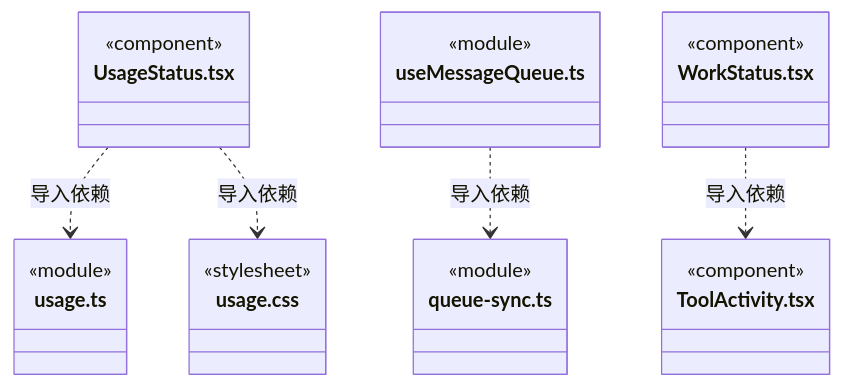
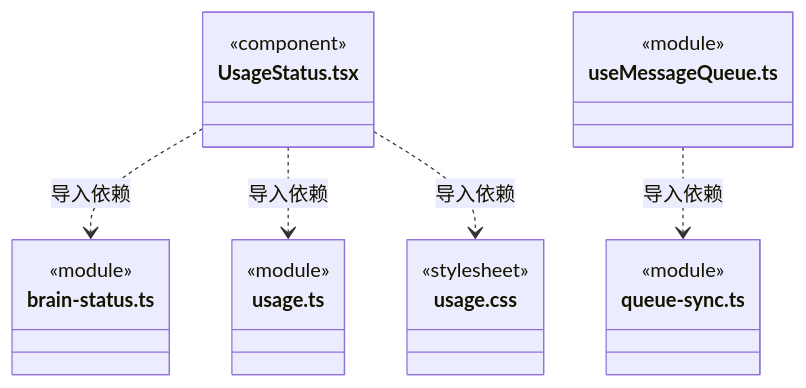
Diagram 36 of 38 in src/frontend/conversation/ARCHITECTURE.md (nan023062/cbim), drawn with Mermaid before and after one commit. The commit also changed other lines of this file and 65 other files, not shown here.

````diff
--- a/src/frontend/conversation/ARCHITECTURE.md
+++ b/src/frontend/conversation/ARCHITECTURE.md
@@ -521,28 +537,25 @@
 ```mermaid
 classDiagram
 class N_src_frontend_conversation_UsageStatus_tsx["UsageStatus.tsx"] {
   <<component>>
+}
+class N_src_frontend_conversation_brain_status_ts["brain-status.ts"] {
+  <<module>>
 }
 class N_src_frontend_conversation_usage_ts["usage.ts"] {
   <<module>>
 }
 class N_src_frontend_conversation_usage_css["usage.css"] {
   <<stylesheet>>
 }
 class N_src_frontend_conversation_useMessageQueue_ts["useMessageQueue.ts"] {
   <<module>>
 }
 class N_src_frontend_conversation_queue_sync_ts["queue-sync.ts"] {
   <<module>>
 }
-class N_src_frontend_conversation_WorkStatus_tsx["WorkStatus.tsx"] {
-  <<component>>
-}
-class N_src_frontend_conversation_ToolActivity_tsx["ToolActivity.tsx"] {
-  <<component>>
-}
+N_src_frontend_conversation_UsageStatus_tsx ..> N_src_frontend_conversation_brain_status_ts : 导入依赖
 N_src_frontend_conversation_UsageStatus_tsx ..> N_src_frontend_conversation_usage_ts : 导入依赖
 N_src_frontend_conversation_UsageStatus_tsx ..> N_src_frontend_conversation_usage_css : 导入依赖
 N_src_frontend_conversation_useMessageQueue_ts ..> N_src_frontend_conversation_queue_sync_ts : 导入依赖
-N_src_frontend_conversation_WorkStatus_tsx ..> N_src_frontend_conversation_ToolActivity_tsx : 导入依赖
 ```
````
